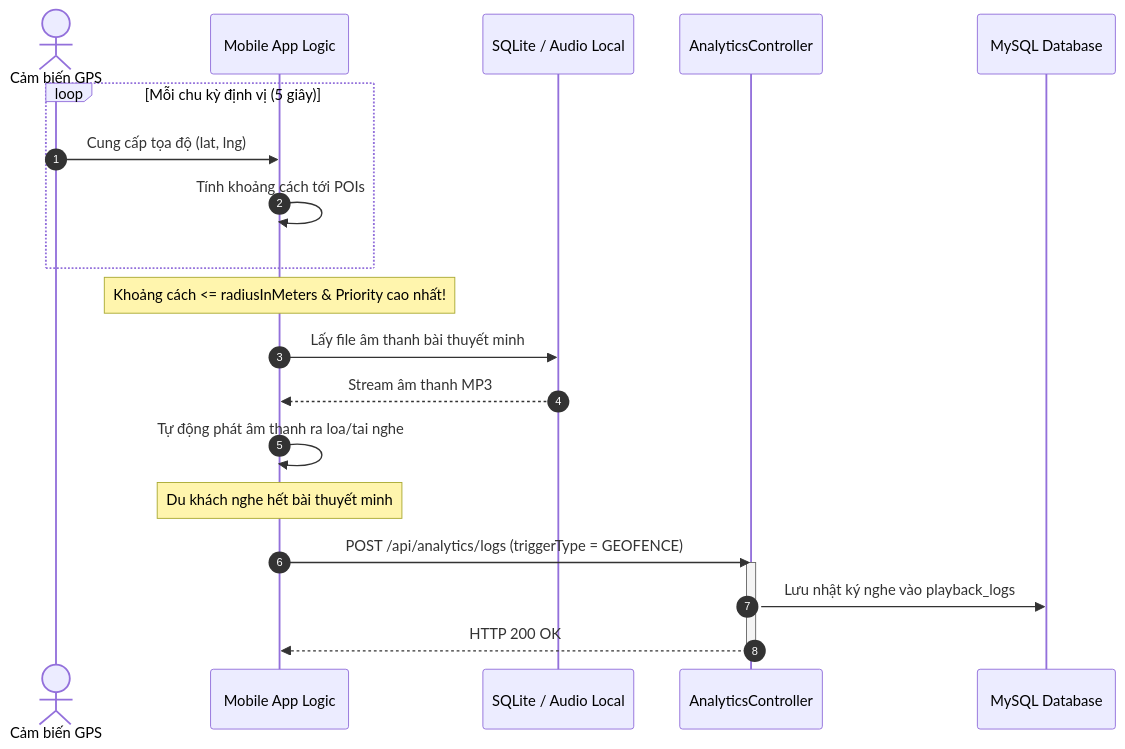
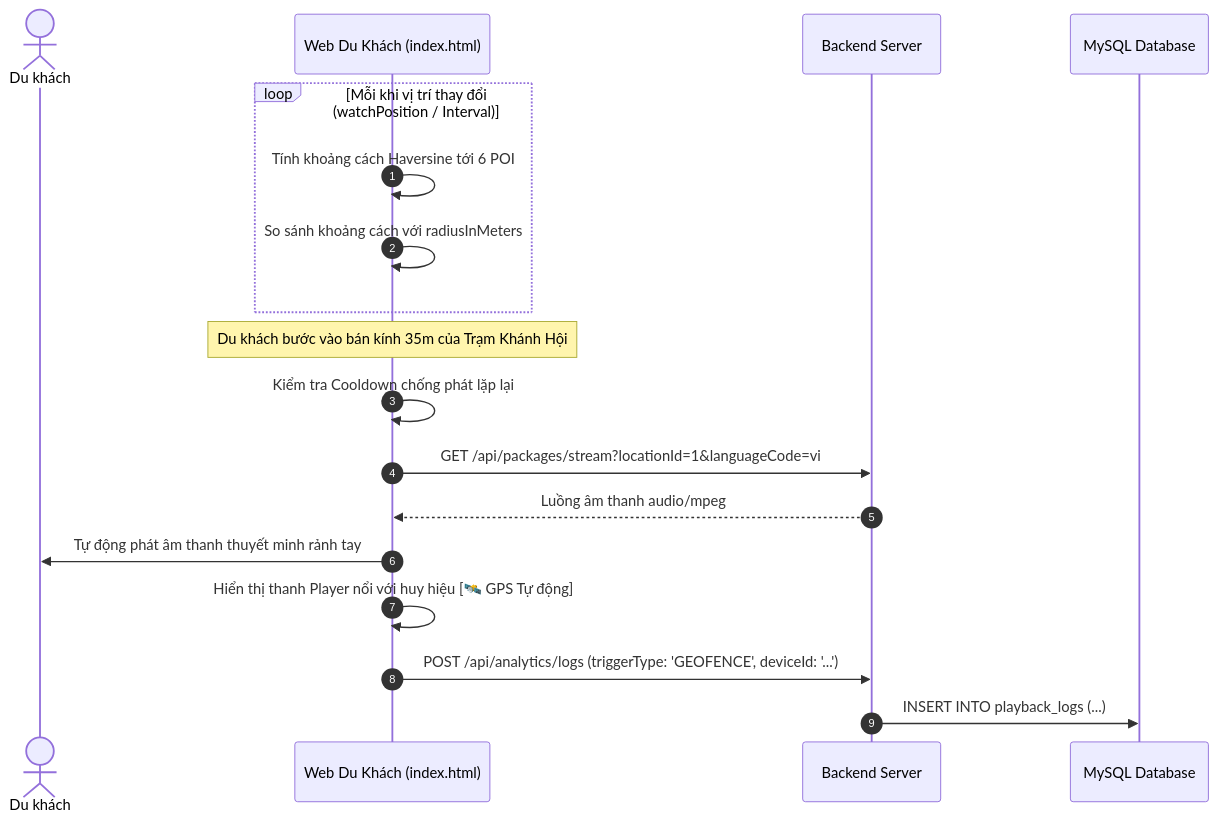
One commit to HuynhQuang16032006/Multi_Languages_Automatic_Translation changed the fourth of 8 diagrams in docs/USE_CASES.md. Above: the diagram before and after it, drawn with Mermaid. The commit also changed other lines of this file and 4 other files, not shown here.

````diff
--- a/docs/USE_CASES.md
+++ b/docs/USE_CASES.md
@@ -191,24 +176,21 @@
 ```mermaid
 sequenceDiagram
     autonumber
-    actor GPS as Cảm biến GPS
-    participant App as Mobile App Logic
-    participant Storage as SQLite / Audio Local
-    participant AC as AnalyticsController
+    actor T as Du khách
+    participant UI as Web Du Khách (index.html)
+    participant SVR as Backend Server
     participant DB as MySQL Database
 
-    loop Mỗi chu kỳ định vị (5 giây)
-        GPS->>App: Cung cấp tọa độ (lat, lng)
-        App->>App: Tính khoảng cách tới POIs
+    loop Mỗi khi vị trí thay đổi (watchPosition / Interval)
+        UI->>UI: Tính khoảng cách Haversine tới 6 POI
+        UI->>UI: So sánh khoảng cách với radiusInMeters
     end
-    Note over App: Khoảng cách <= radiusInMeters & Priority cao nhất!
-    App->>Storage: Lấy file âm thanh bài thuyết minh
-    Storage-->>App: Stream âm thanh MP3
-    App->>App: Tự động phát âm thanh ra loa/tai nghe
-    Note over App: Du khách nghe hết bài thuyết minh
-    App->>AC: POST /api/analytics/logs (triggerType = GEOFENCE)
-    activate AC
-    AC->>DB: Lưu nhật ký nghe vào playback_logs
-    AC-->>App: HTTP 200 OK
-    deactivate AC
+    Note over UI: Du khách bước vào bán kính 35m của Trạm Khánh Hội
+    UI->>UI: Kiểm tra Cooldown chống phát lặp lại
+    UI->>SVR: GET /api/packages/stream?locationId=1&languageCode=vi
+    SVR-->>UI: Luồng âm thanh audio/mpeg
+    UI->>T: Tự động phát âm thanh thuyết minh rảnh tay
+    UI->>UI: Hiển thị thanh Player nổi với huy hiệu [🛰️ GPS Tự động]
+    UI->>SVR: POST /api/analytics/logs (triggerType: 'GEOFENCE', deviceId: '...')
+    SVR->>DB: INSERT INTO playback_logs (...)
 ```
````
